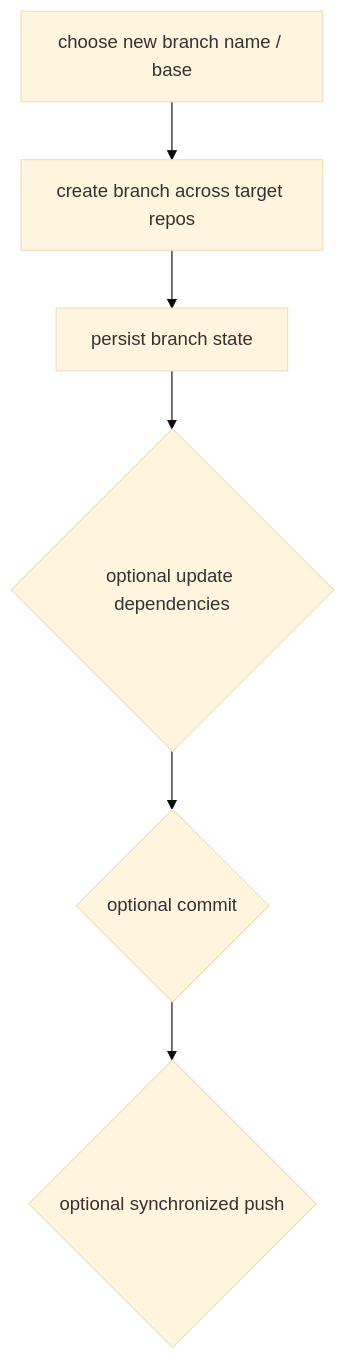
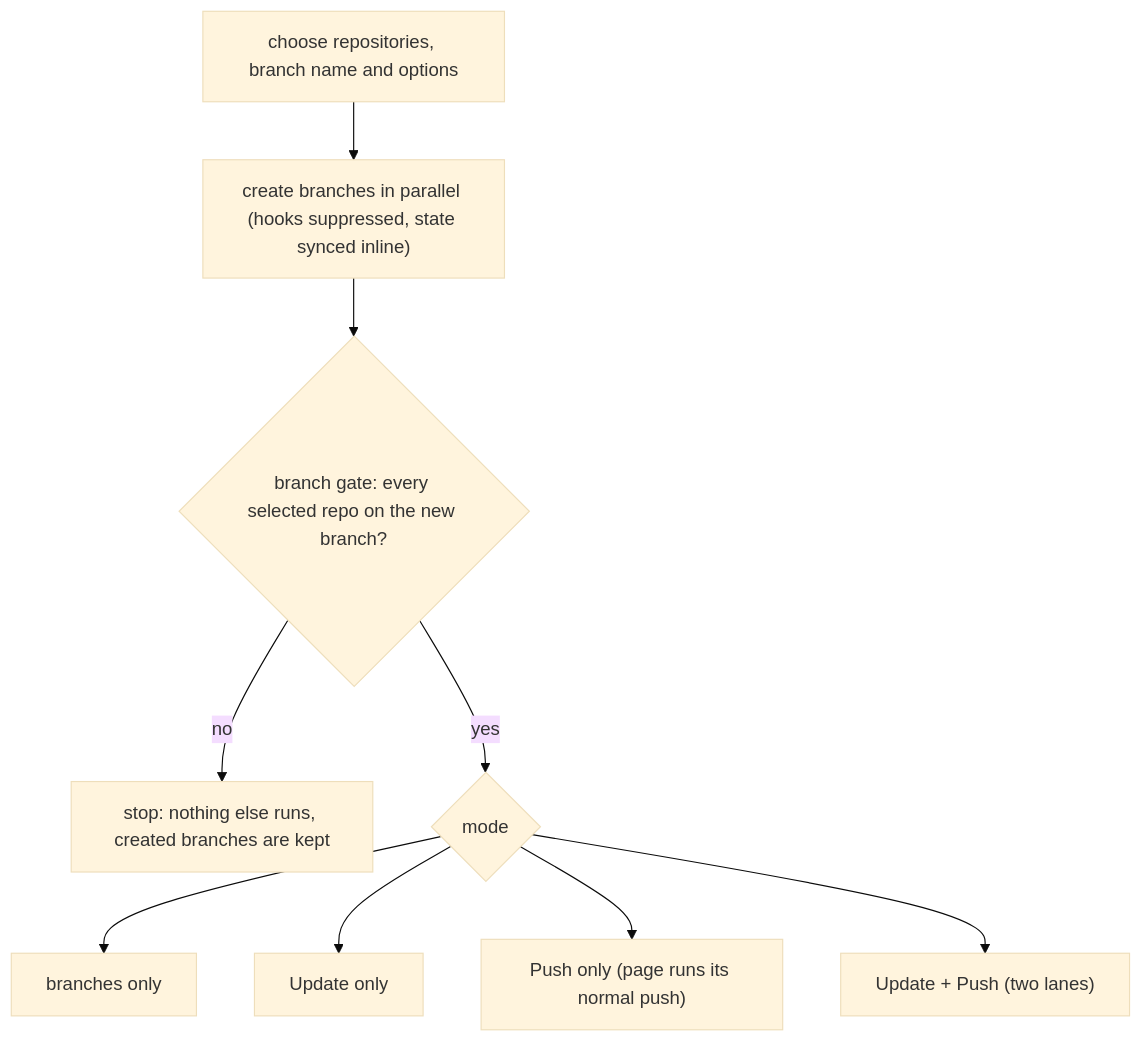
The third of 4 diagrams in docs/architecture/01-product-model-and-user-workflows.md (Jandini/GrayMoon), drawn with Mermaid (base theme) before and after one commit. The commit also changed other lines of this file and 87 other files, not shown here.

First line of the commit message:
Refresh architecture docs and workspace guidance across repositories (#463)

````diff
--- a/docs/architecture/01-product-model-and-user-workflows.md
+++ b/docs/architecture/01-product-model-and-user-workflows.md
@@ -350,8 +447,11 @@
 ```mermaid
 flowchart TB
-  A["choose new branch name / base"] --> B["create branch across target repos"]
-  B --> C["persist branch state"]
-  C --> D{"optional update dependencies"}
-  D --> E{"optional commit"}
-  E --> F{"optional synchronized push"}
+  A["choose repositories, branch name and options"] --> B["create branches in parallel (hooks suppressed, state synced inline)"]
+  B --> G{"branch gate: every selected repo on the new branch?"}
+  G -- "no" --> S["stop: nothing else runs, created branches are kept"]
+  G -- "yes" --> M{"mode"}
+  M --> M1["branches only"]
+  M --> M2["Update only"]
+  M --> M3["Push only (page runs its normal push)"]
+  M --> M4["Update + Push (two lanes)"]
 ```
````
